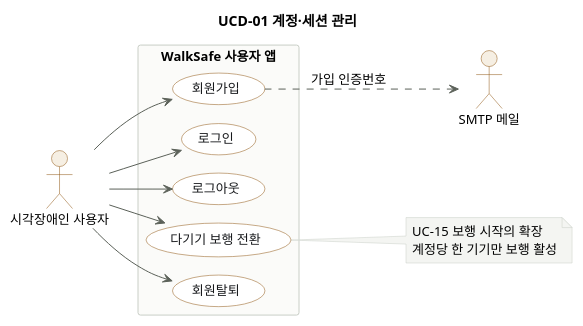
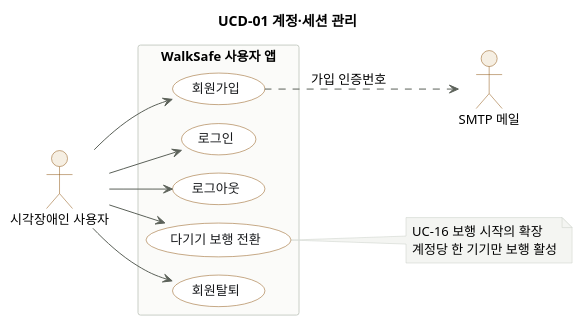
The second of 11 diagrams in docs/planning/walksafe-usecase-diagrams.puml (ddobagih/Hanium_Dreamup), drawn with PlantUML before and after one commit. The commit also changed other lines of this file and 12 other files, not shown here.

```diff
--- a/docs/planning/walksafe-usecase-diagrams.puml
+++ b/docs/planning/walksafe-usecase-diagrams.puml
@@ -92,51 +92,51 @@
 @startuml UCD-01
 !pragma layout smetana
 left to right direction
 skinparam defaultFontName "Apple SD Gothic Neo"
 skinparam defaultFontSize 13
 skinparam shadowing false
 skinparam ArrowColor #5b6159
 skinparam usecase {
   BackgroundColor #ffffff
   BorderColor #8f5510
   FontColor #17191c
 }
 skinparam actor {
   BackgroundColor #f6efe3
   BorderColor #8f5510
 }
 skinparam rectangle {
   BackgroundColor #fbfbf9
   BorderColor #c9cec6
 }
 skinparam note {
   BackgroundColor #f4f5f2
   BorderColor #c9cec6
 }
 
 title UCD-01 계정·세션 관리
 
 actor "시각장애인 사용자" as User
 actor "SMTP 메일" as Mail
 
 rectangle "WalkSafe 사용자 앱" {
   usecase "회원가입" as UC01
   usecase "로그인" as UC02
   usecase "로그아웃" as UC03
   usecase "다기기 보행 전환" as UC04
   usecase "회원탈퇴" as UC05
 }
 
 User --> UC01
 User --> UC02
 User --> UC03
 User --> UC04
 User --> UC05
 
 UC01 ..> Mail : 가입 인증번호
 
 note right of UC04
-  UC-15 보행 시작의 확장
+  UC-16 보행 시작의 확장
   계정당 한 기기만 보행 활성
 end note
 @enduml
```
